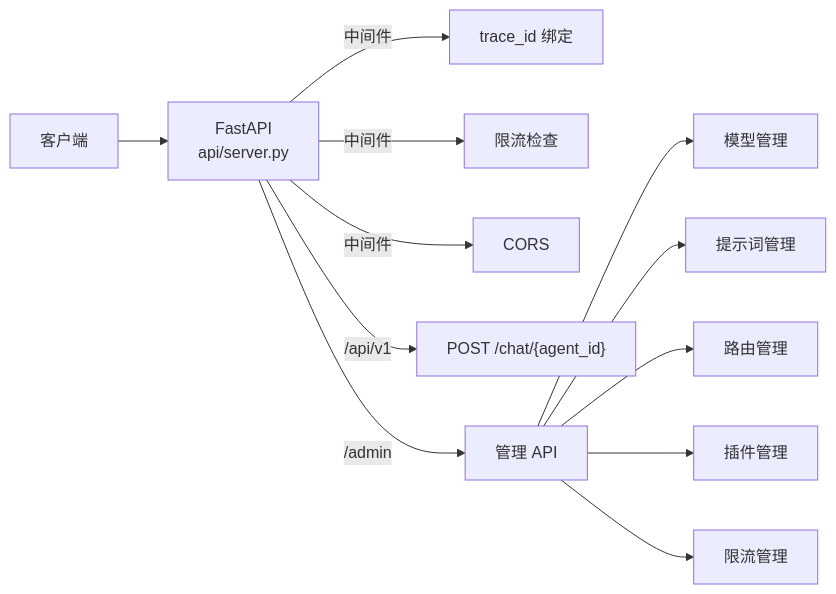
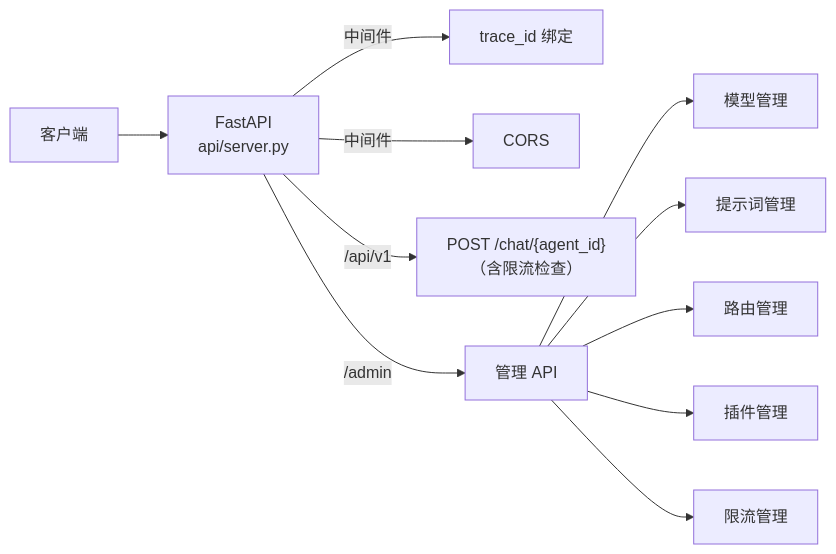
One commit to heelynn/artipivot changed the second of 2 diagrams in doc/modules/observability_api.md. Above: the diagram before and after it, drawn with Mermaid. The commit also changed 3 other files, not shown here.

````diff
--- a/doc/modules/observability_api.md
+++ b/doc/modules/observability_api.md
@@ -65,17 +65,16 @@
 ```mermaid
 flowchart LR
     Client["客户端"] --> FastAPI["FastAPI<br/>api/server.py"]
 
     FastAPI --> |"中间件"| TraceMW["trace_id 绑定"]
-    FastAPI --> |"中间件"| RLMW["限流检查"]
     FastAPI --> |"中间件"| CORS["CORS"]
 
-    FastAPI --> |"/api/v1"| Chat["POST /chat/{agent_id}"]
+    FastAPI --> |"/api/v1"| Chat["POST /chat/{agent_id}<br/>（含限流检查）"]
     FastAPI --> |"/admin"| Admin["管理 API"]
 
     Admin --> Models["模型管理"]
     Admin --> Prompts["提示词管理"]
     Admin --> Routing["路由管理"]
     Admin --> Plugins["插件管理"]
     Admin --> RateLimits["限流管理"]
 ```
````
